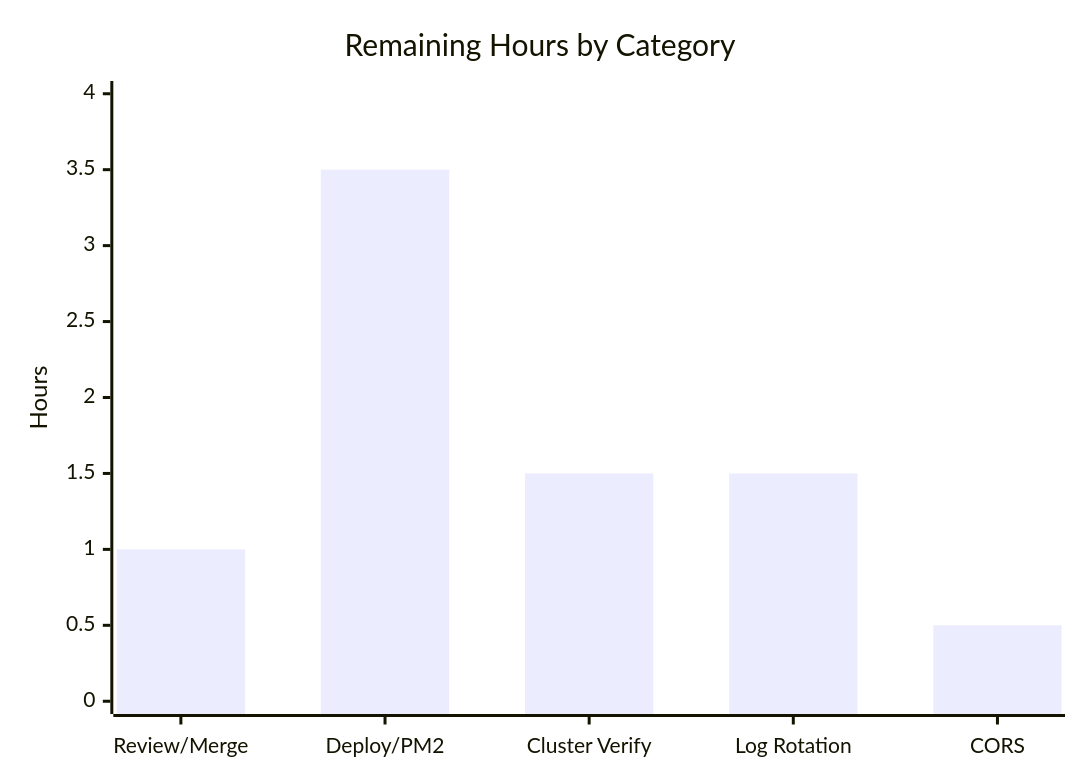
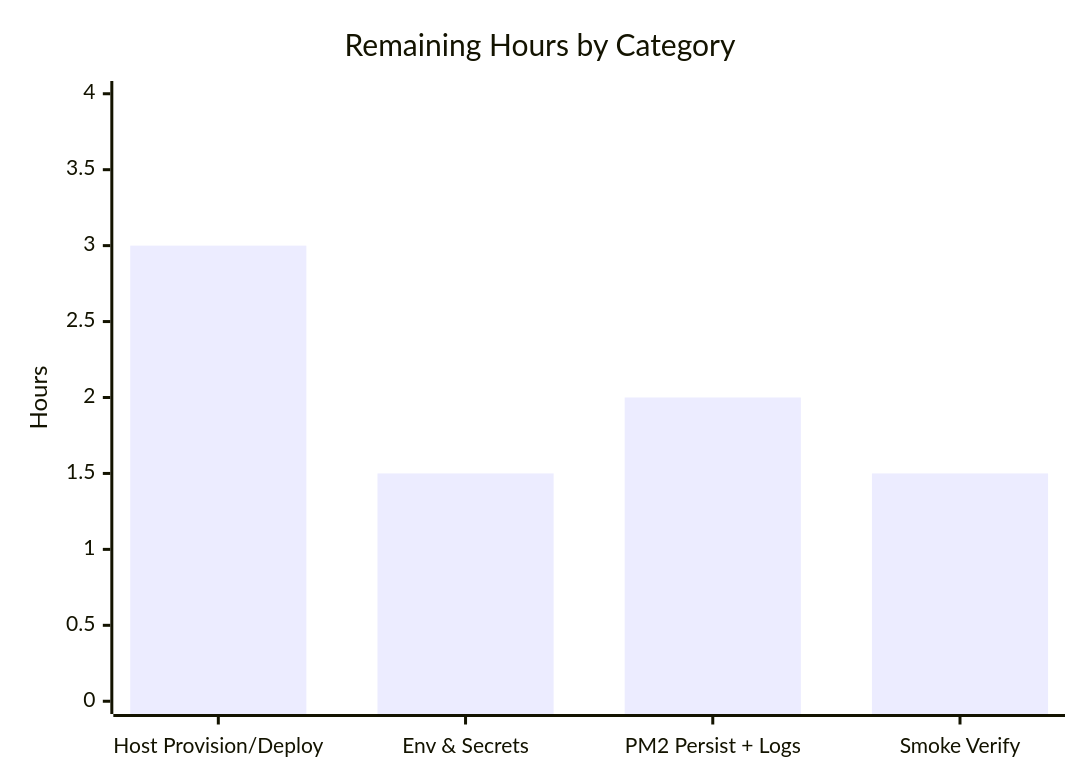
Before and after one commit to Sandeep02Kumar02/12-dec-existing-projects-qa-test-5: the third of 3 diagrams in blitzy/documentation/Project Guide.md, drawn with Mermaid. The commit also changed other lines of this file, not shown here.

````diff
--- a/blitzy/documentation/Project Guide.md
+++ b/blitzy/documentation/Project Guide.md
@@ -225,7 +238,7 @@
 ```mermaid
 xychart-beta
     title "Remaining Hours by Category"
-    x-axis ["Review/Merge", "Deploy/PM2", "Cluster Verify", "Log Rotation", "CORS"]
+    x-axis ["Host Provision/Deploy", "Env & Secrets", "PM2 Persist + Logs", "Smoke Verify"]
     y-axis "Hours" 0 --> 4
-    bar [1, 3.5, 1.5, 1.5, 0.5]
+    bar [3.0, 1.5, 2.0, 1.5]
 ```
````
